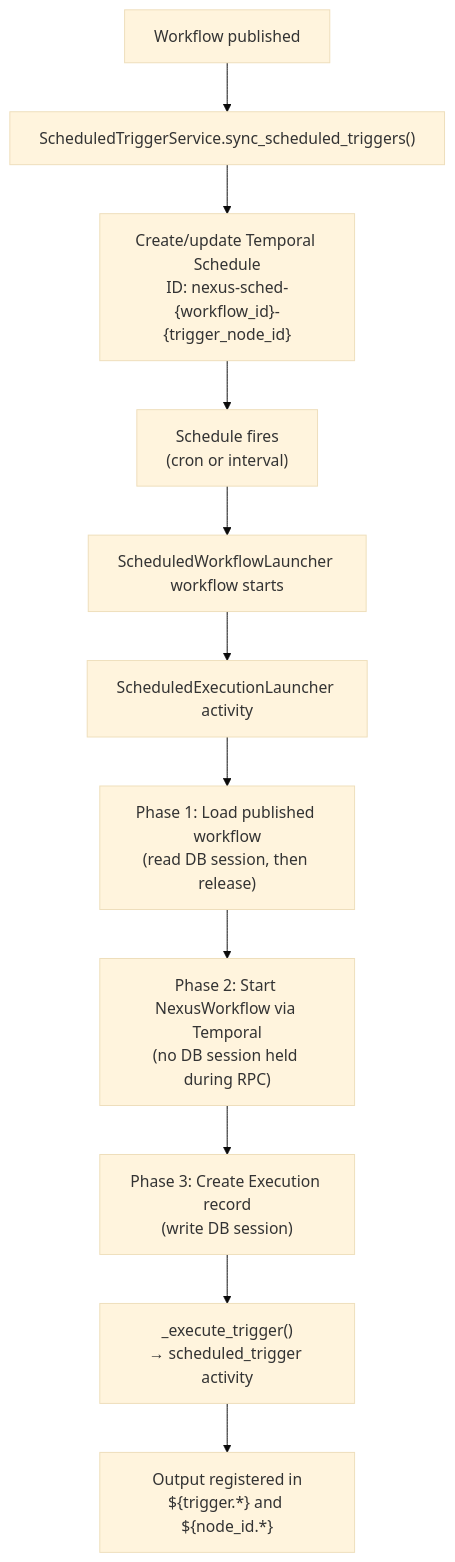
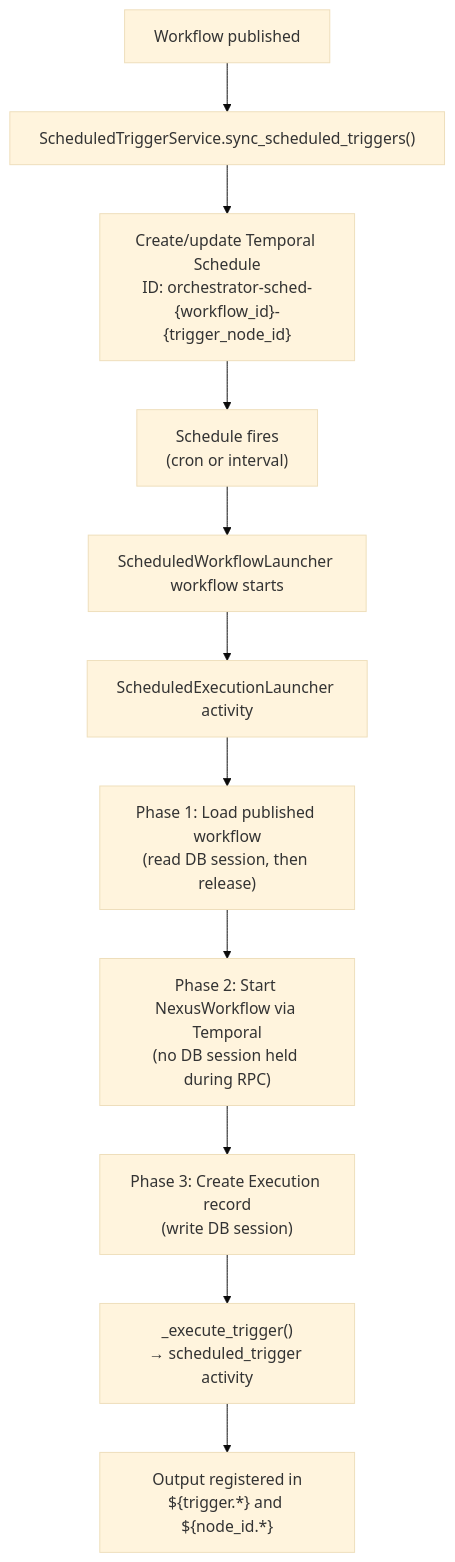
The diagram in backend/docs/workflow-engine/triggers/scheduled-trigger.md (alinabuzachis/syntara), drawn with Mermaid (base theme) before and after one commit. The commit also changed other lines of this file and 40 other files, not shown here.

First line of the commit message:
refactor: rename external-store identifiers from nexus to orchestrator (#162)

````diff
--- a/backend/docs/workflow-engine/triggers/scheduled-trigger.md
+++ b/backend/docs/workflow-engine/triggers/scheduled-trigger.md
@@ -11,15 +11,15 @@
 ```mermaid
 flowchart TD
     PUB["Workflow published"] --> SYNC["ScheduledTriggerService.sync_scheduled_triggers()"]
-    SYNC --> TS["Create/update Temporal Schedule<br/>ID: nexus-sched-{workflow_id}-{trigger_node_id}"]
+    SYNC --> TS["Create/update Temporal Schedule<br/>ID: orchestrator-sched-{workflow_id}-{trigger_node_id}"]
     TS --> FIRE["Schedule fires<br/>(cron or interval)"]
     FIRE --> LAUNCH["ScheduledWorkflowLauncher workflow starts"]
     LAUNCH --> ACT["ScheduledExecutionLauncher activity"]
 
     ACT --> P1["Phase 1: Load published workflow<br/>(read DB session, then release)"]
     P1 --> P2["Phase 2: Start NexusWorkflow via Temporal<br/>(no DB session held during RPC)"]
     P2 --> P3["Phase 3: Create Execution record<br/>(write DB session)"]
 
     P3 --> ENGINE["_execute_trigger()<br/>→ scheduled_trigger activity"]
     ENGINE --> NS["Output registered in<br/>${trigger.*} and ${node_id.*}"]
 ```
````
